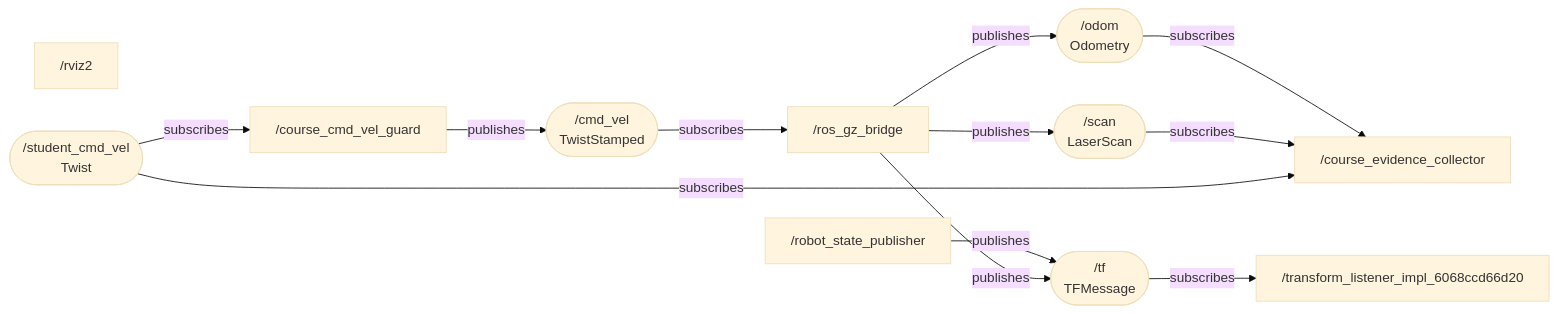
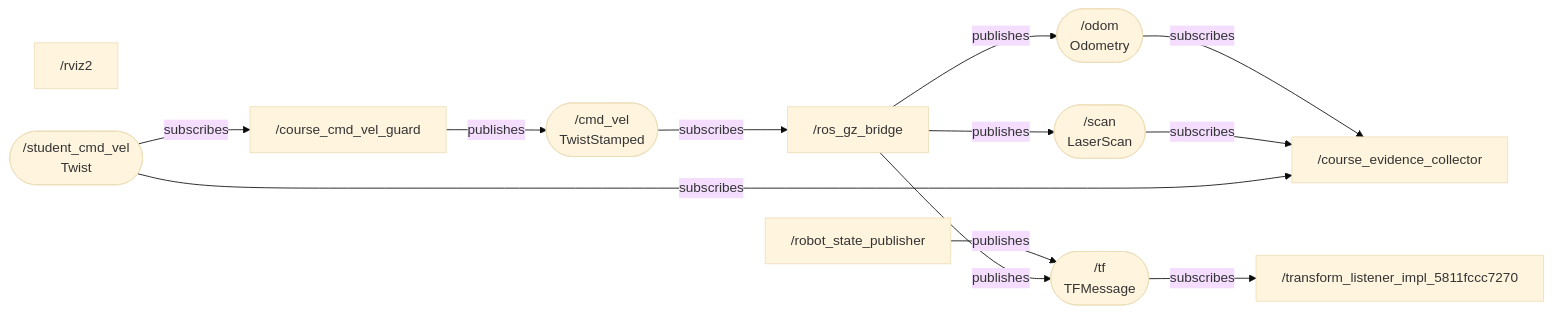
One commit to adskilawhdiadjanklsd/robotics-fall2026 changed the diagram in week01_ros_foundations/student_submission/mission_1/ros_system_diagram.md. Above: the diagram before and after it, drawn with Mermaid (base theme). The commit also changed 9 other files, not shown here.

````diff
--- a/week01_ros_foundations/student_submission/mission_1/ros_system_diagram.md
+++ b/week01_ros_foundations/student_submission/mission_1/ros_system_diagram.md
@@ -3,25 +3,25 @@
 ```mermaid
 flowchart LR
   n0["/course_cmd_vel_guard"]
   n1["/course_evidence_collector"]
   n2["/robot_state_publisher"]
   n3["/ros_gz_bridge"]
   n4["/rviz2"]
-  n5["/transform_listener_impl_6068ccd66d20"]
+  n5["/transform_listener_impl_5811fccc7270"]
   t0(["/cmd_vel<br/>TwistStamped"])
   n0 -->|publishes| t0
   t0 -->|subscribes| n3
   t1(["/odom<br/>Odometry"])
   n3 -->|publishes| t1
   t1 -->|subscribes| n1
   t2(["/scan<br/>LaserScan"])
   n3 -->|publishes| t2
   t2 -->|subscribes| n1
   t3(["/student_cmd_vel<br/>Twist"])
   t3 -->|subscribes| n0
   t3 -->|subscribes| n1
   t4(["/tf<br/>TFMessage"])
   n2 -->|publishes| t4
   n3 -->|publishes| t4
   t4 -->|subscribes| n5
 ```
````
